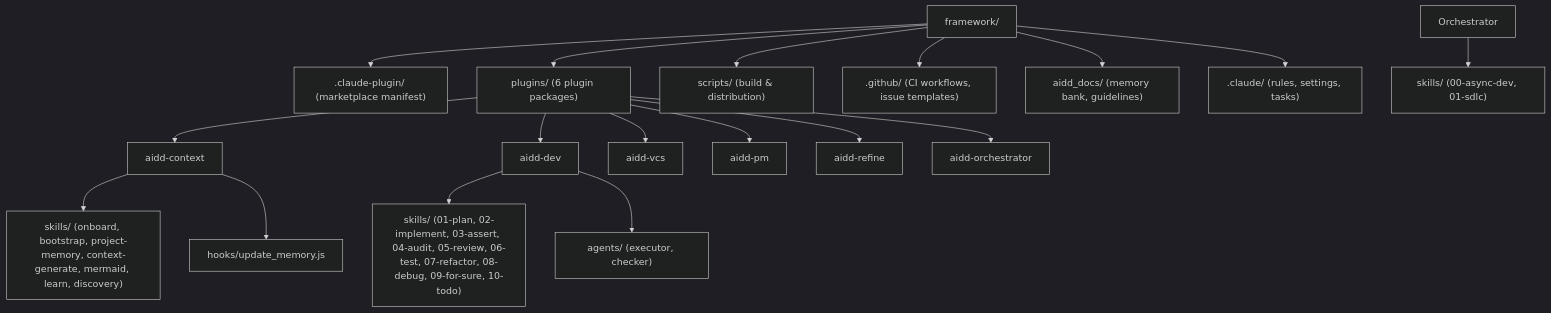
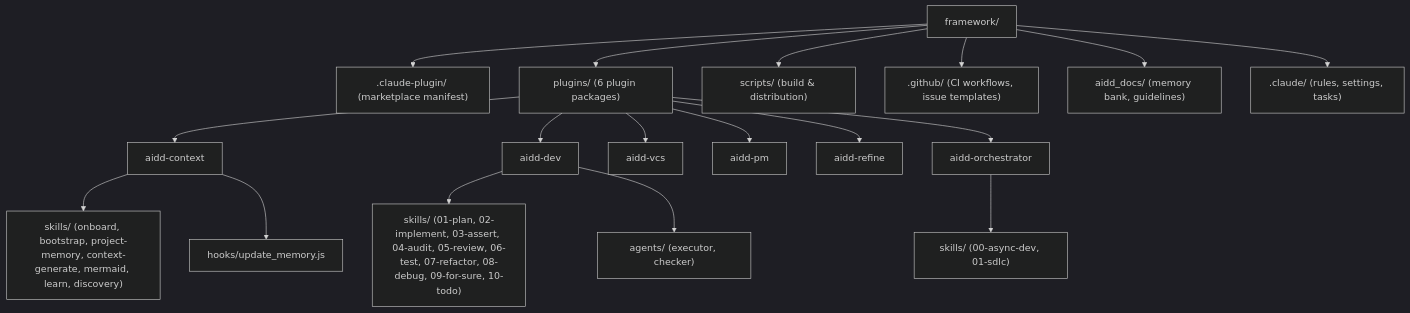
One commit to ai-driven-dev/aidd-framework changed the diagram in aidd_docs/memory/codebase-map.md. Above: the diagram before and after it, drawn with Mermaid (dark theme). The commit also changed 3 other files, not shown here.

````diff
--- a/aidd_docs/memory/codebase-map.md
+++ b/aidd_docs/memory/codebase-map.md
@@ -3,22 +3,22 @@
 ```mermaid
 flowchart TD
     Root["framework/"] --> ClaudePlugin[".claude-plugin/ (marketplace manifest)"]
     Root --> Plugins["plugins/ (6 plugin packages)"]
     Root --> Scripts["scripts/ (build & distribution)"]
     Root --> GH[".github/ (CI workflows, issue templates)"]
     Root --> AiddDocs["aidd_docs/ (memory bank, guidelines)"]
     Root --> DotClaude[".claude/ (rules, settings, tasks)"]
 
     Plugins --> AiddContext["aidd-context"]
     Plugins --> AiddDev["aidd-dev"]
     Plugins --> AiddVCS["aidd-vcs"]
     Plugins --> AiddPM["aidd-pm"]
     Plugins --> AiddRefine["aidd-refine"]
     Plugins --> AiddOrchestrator["aidd-orchestrator"]
 
     AiddContext --> CtxSkills["skills/ (onboard, bootstrap, project-memory, context-generate, mermaid, learn, discovery)"]
     AiddContext --> CtxHooks["hooks/update_memory.js"]
     AiddDev --> DevSkills["skills/ (01-plan, 02-implement, 03-assert, 04-audit, 05-review, 06-test, 07-refactor, 08-debug, 09-for-sure, 10-todo)"]
     AiddDev --> DevAgents["agents/ (executor, checker)"]
-    Orchestrator --> OrchestratorSkills["skills/ (00-async-dev, 01-sdlc)"]
+    AiddOrchestrator --> OrchestratorSkills["skills/ (00-async-dev, 01-sdlc)"]
 ```
````
